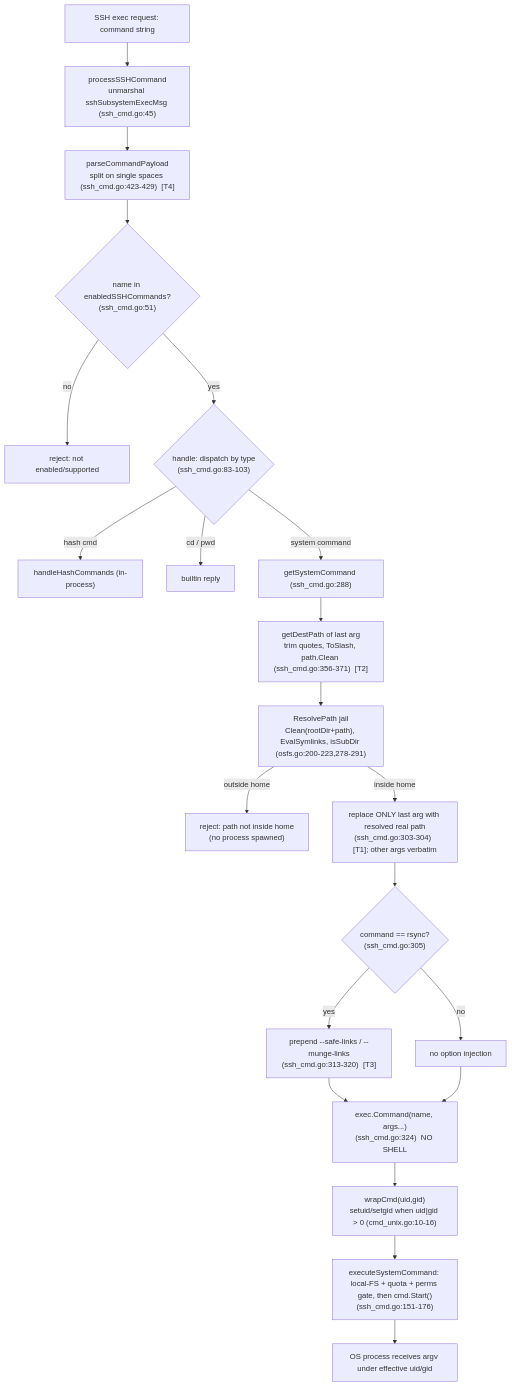
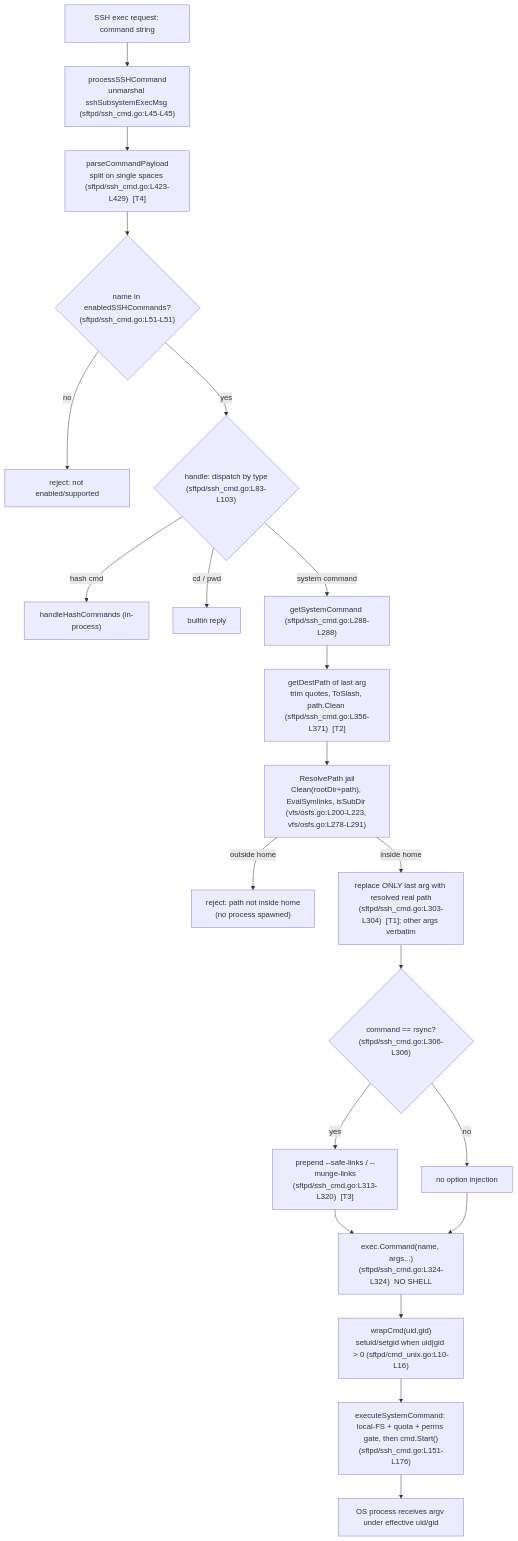
The diagram in blitzy/documentation/sftpgo_44634210287c.md (blitzy-research/sftpgo), drawn with Mermaid before and after one commit. The commit also changed other lines of this file, not shown here.

````diff
--- a/blitzy/documentation/sftpgo_44634210287c.md
+++ b/blitzy/documentation/sftpgo_44634210287c.md
@@ -325,23 +325,23 @@
 ```mermaid
 flowchart TD
-    A["SSH exec request: command string"] --> B["processSSHCommand\nunmarshal sshSubsystemExecMsg (ssh_cmd.go:45)"]
-    B --> C["parseCommandPayload\nsplit on single spaces (ssh_cmd.go:423-429)  [T4]"]
-    C --> D{"name in enabledSSHCommands?\n(ssh_cmd.go:51)"}
+    A["SSH exec request: command string"] --> B["processSSHCommand\nunmarshal sshSubsystemExecMsg (sftpd/ssh_cmd.go:L45-L45)"]
+    B --> C["parseCommandPayload\nsplit on single spaces (sftpd/ssh_cmd.go:L423-L429)  [T4]"]
+    C --> D{"name in enabledSSHCommands?\n(sftpd/ssh_cmd.go:L51-L51)"}
     D -- no --> X["reject: not enabled/supported"]
-    D -- yes --> E{"handle: dispatch by type\n(ssh_cmd.go:83-103)"}
+    D -- yes --> E{"handle: dispatch by type\n(sftpd/ssh_cmd.go:L83-L103)"}
     E -- "hash cmd" --> H["handleHashCommands (in-process)"]
     E -- "cd / pwd" --> P["builtin reply"]
-    E -- "system command" --> F["getSystemCommand (ssh_cmd.go:288)"]
-    F --> G["getDestPath of last arg\ntrim quotes, ToSlash, path.Clean (ssh_cmd.go:356-371)  [T2]"]
-    G --> R["ResolvePath jail\nClean(rootDir+path), EvalSymlinks, isSubDir (osfs.go:200-223,278-291)"]
+    E -- "system command" --> F["getSystemCommand (sftpd/ssh_cmd.go:L288-L288)"]
+    F --> G["getDestPath of last arg\ntrim quotes, ToSlash, path.Clean (sftpd/ssh_cmd.go:L356-L371)  [T2]"]
+    G --> R["ResolvePath jail\nClean(rootDir+path), EvalSymlinks, isSubDir (vfs/osfs.go:L200-L223, vfs/osfs.go:L278-L291)"]
     R -- "outside home" --> XR["reject: path not inside home\n(no process spawned)"]
-    R -- "inside home" --> I["replace ONLY last arg with resolved real path\n(ssh_cmd.go:303-304)  [T1]; other args verbatim"]
-    I --> J{"command == rsync?\n(ssh_cmd.go:305)"}
-    J -- yes --> K["prepend --safe-links / --munge-links\n(ssh_cmd.go:313-320)  [T3]"]
+    R -- "inside home" --> I["replace ONLY last arg with resolved real path\n(sftpd/ssh_cmd.go:L303-L304)  [T1]; other args verbatim"]
+    I --> J{"command == rsync?\n(sftpd/ssh_cmd.go:L306-L306)"}
+    J -- yes --> K["prepend --safe-links / --munge-links\n(sftpd/ssh_cmd.go:L313-L320)  [T3]"]
     J -- no --> L["no option injection"]
-    K --> M["exec.Command(name, args...)\n(ssh_cmd.go:324)  NO SHELL"]
+    K --> M["exec.Command(name, args...)\n(sftpd/ssh_cmd.go:L324-L324)  NO SHELL"]
     L --> M
-    M --> N["wrapCmd(uid,gid)\nsetuid/setgid when uid|gid > 0 (cmd_unix.go:10-16)"]
-    N --> O["executeSystemCommand: local-FS + quota + perms gate, then cmd.Start()\n(ssh_cmd.go:151-176)"]
+    M --> N["wrapCmd(uid,gid)\nsetuid/setgid when uid|gid > 0 (sftpd/cmd_unix.go:L10-L16)"]
+    N --> O["executeSystemCommand: local-FS + quota + perms gate, then cmd.Start()\n(sftpd/ssh_cmd.go:L151-L176)"]
     O --> Q["OS process receives argv under effective uid/gid"]
 ```
````
